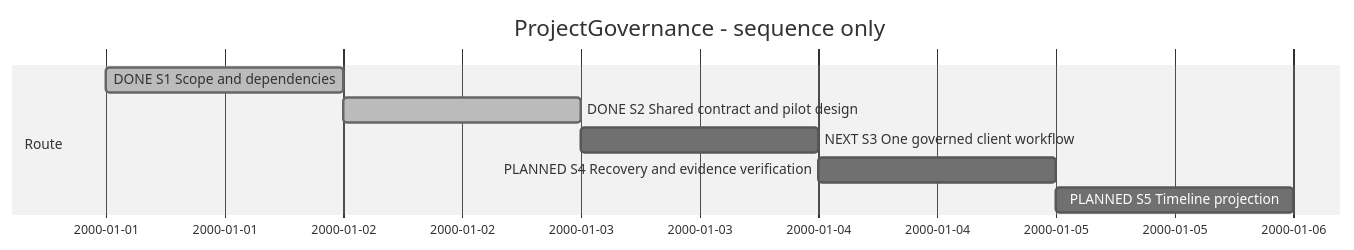
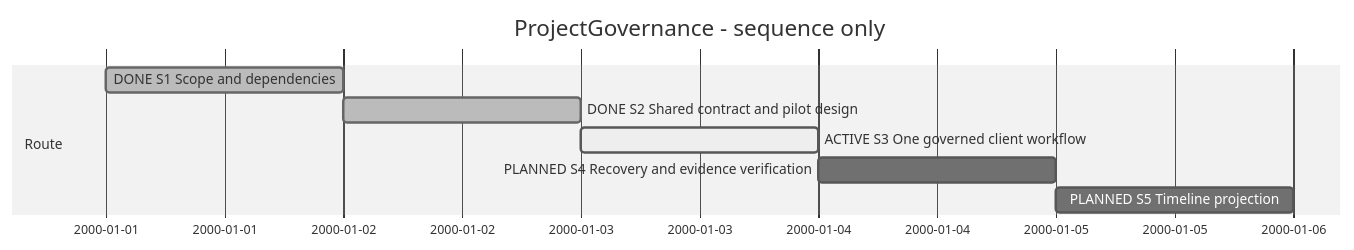
One commit to Hans-Einar/SDP changed the diagram in SDP/Sessions/session-#0007--Project_governance.md. Above: the diagram before and after it, drawn with Mermaid (neutral theme). The commit also changed other lines of this file and 531 other files, not shown here.

````diff
--- a/SDP/Sessions/session-#0007--Project_governance.md
+++ b/SDP/Sessions/session-#0007--Project_governance.md
@@ -10,11 +10,11 @@
 ```mermaid
 gantt
     title ProjectGovernance - sequence only
     dateFormat YYYY-MM-DD
     section Route
     DONE S1 Scope and dependencies :done,s1,2000-01-01,1d
     DONE S2 Shared contract and pilot design :done,s2,after s1,1d
-    NEXT S3 One governed client workflow :s3,after s2,1d
+    ACTIVE S3 One governed client workflow :active,s3,after s2,1d
     PLANNED S4 Recovery and evidence verification :s4,after s3,1d
     PLANNED S5 Timeline projection :s5,after s4,1d
 ```
````
